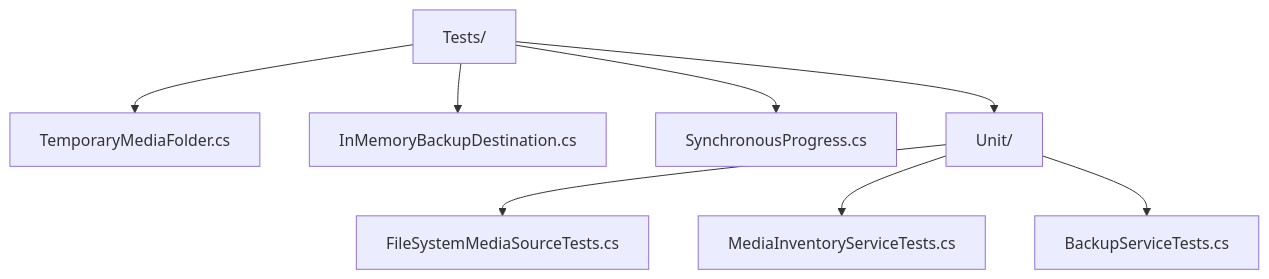
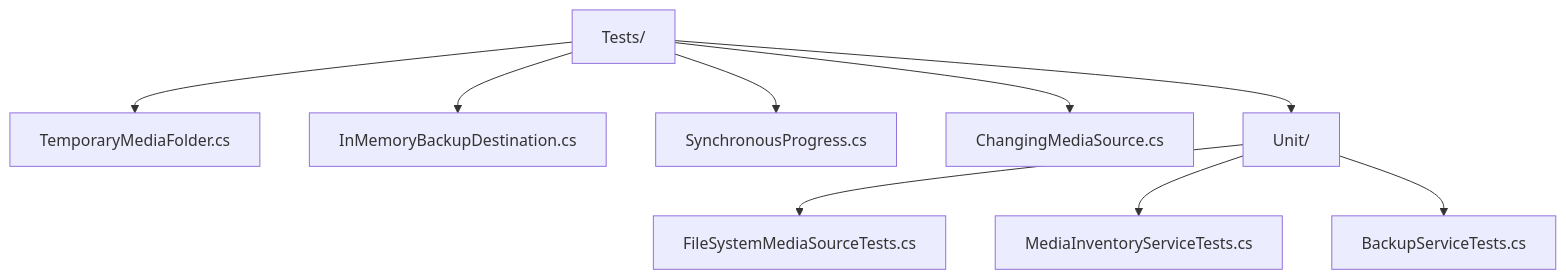
The diagram in src/DcimCloudSync.Core.Tests/README.md (f2calv/android-dcim-cloud-sync), drawn with Mermaid before and after one commit. The commit also changed other lines of this file and 15 other files, not shown here.

````diff
--- a/src/DcimCloudSync.Core.Tests/README.md
+++ b/src/DcimCloudSync.Core.Tests/README.md
@@ -33,10 +34,11 @@
 ```mermaid
 graph TD
     Tests[Tests/] --> Folder[TemporaryMediaFolder.cs]
     Tests --> Destination[InMemoryBackupDestination.cs]
     Tests --> Progress[SynchronousProgress.cs]
+    Tests --> Changing[ChangingMediaSource.cs]
     Tests --> Unit[Unit/]
     Unit --> Source[FileSystemMediaSourceTests.cs]
     Unit --> Inventory[MediaInventoryServiceTests.cs]
     Unit --> Backup[BackupServiceTests.cs]
 ```
````
